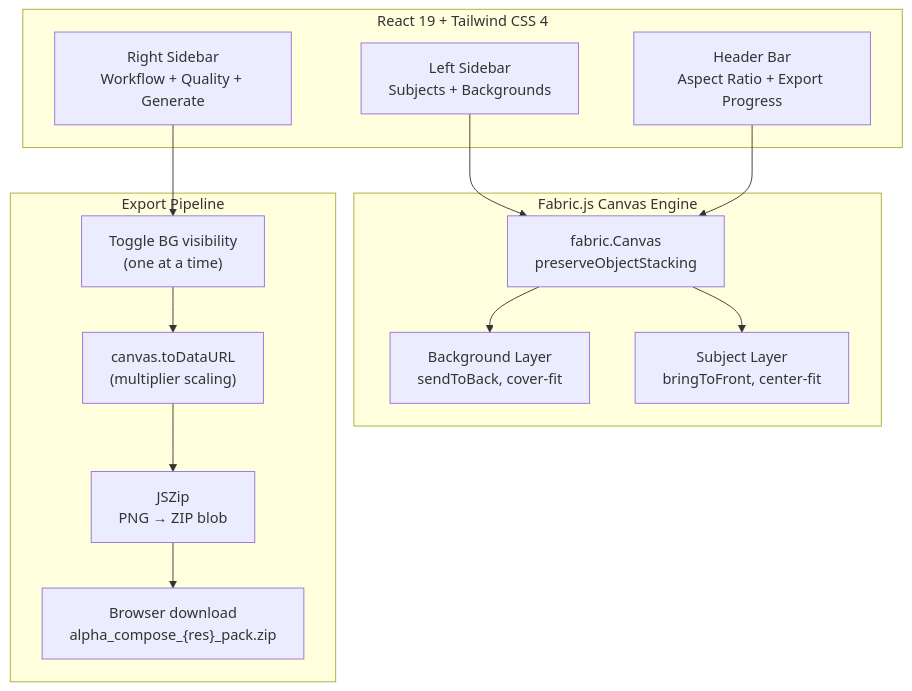
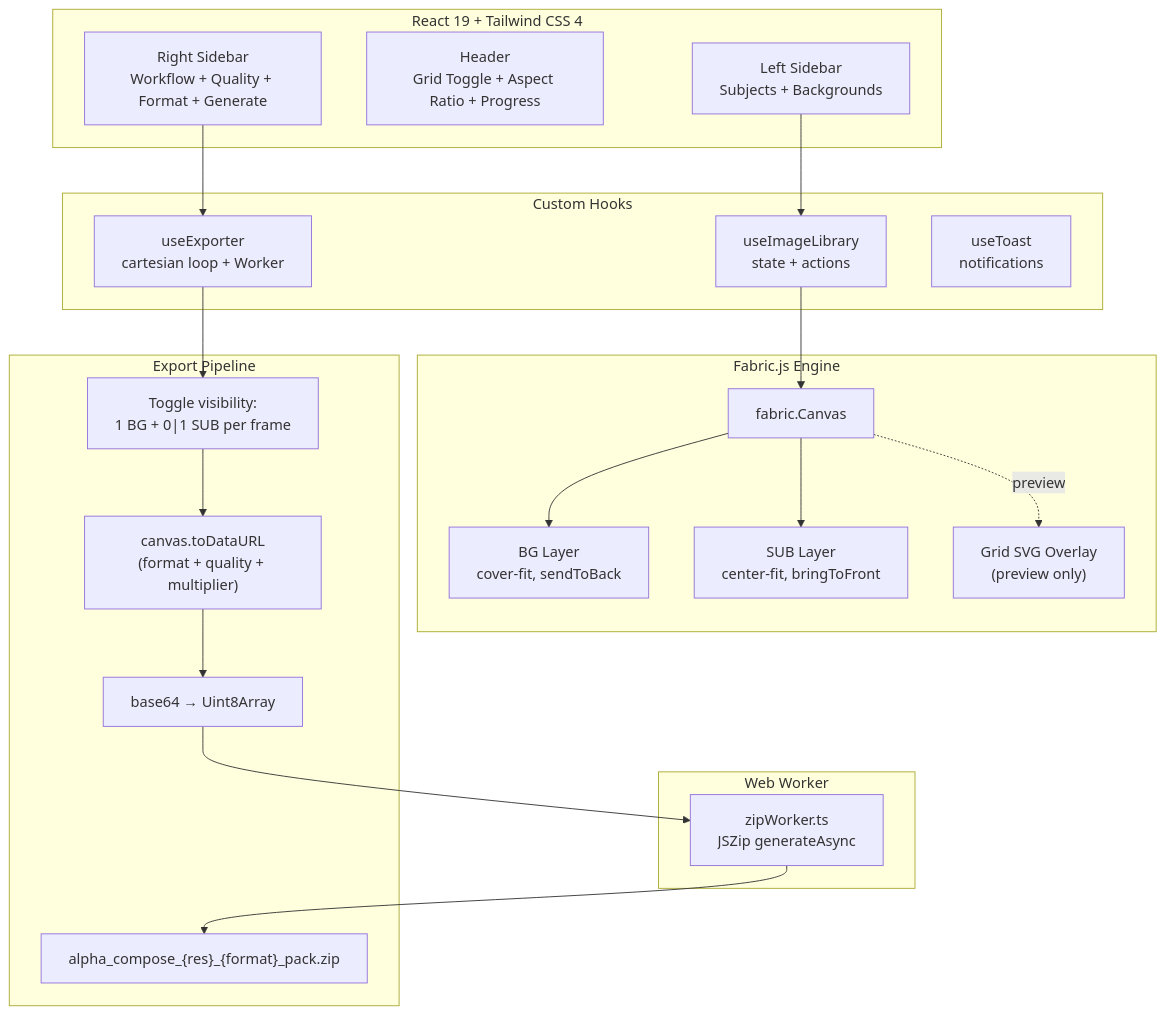
Before and after one commit to vandre-sales/Alpha-Compose: the second of 2 diagrams in README.md, drawn with Mermaid. The commit also changed other lines of this file and 10 other files, not shown here.

````diff
--- a/README.md
+++ b/README.md
@@ -99,28 +197,40 @@
 ```mermaid
 graph TB
     subgraph UI["React 19 + Tailwind CSS 4"]
         sidebar_l["Left Sidebar<br/>Subjects + Backgrounds"]
-        header["Header Bar<br/>Aspect Ratio + Export Progress"]
-        sidebar_r["Right Sidebar<br/>Workflow + Quality + Generate"]
+        header["Header<br/>Grid Toggle + Aspect Ratio + Progress"]
+        sidebar_r["Right Sidebar<br/>Workflow + Quality + Format + Generate"]
     end
 
-    subgraph CANVAS["Fabric.js Canvas Engine"]
-        fabricCanvas["fabric.Canvas<br/>preserveObjectStacking"]
-        bgLayer["Background Layer<br/>sendToBack, cover-fit"]
-        subLayer["Subject Layer<br/>bringToFront, center-fit"]
+    subgraph HOOKS["Custom Hooks"]
+        useImageLib["useImageLibrary<br/>state + actions"]
+        useExp["useExporter<br/>cartesian loop + Worker"]
+        useToast["useToast<br/>notifications"]
+    end
+
+    subgraph CANVAS["Fabric.js Engine"]
+        fabricCanvas["fabric.Canvas"]
+        bgLayer["BG Layer<br/>cover-fit, sendToBack"]
+        subLayer["SUB Layer<br/>center-fit, bringToFront"]
+        gridOverlay["Grid SVG Overlay<br/>(preview only)"]
+    end
+
+    subgraph WORKER["Web Worker"]
+        zipWorker["zipWorker.ts<br/>JSZip generateAsync"]
     end
 
     subgraph EXPORT["Export Pipeline"]
-        toggle["Toggle BG visibility<br/>(one at a time)"]
-        render["canvas.toDataURL<br/>(multiplier scaling)"]
-        zip["JSZip<br/>PNG → ZIP blob"]
-        download["Browser download<br/>alpha_compose_{res}_pack.zip"]
+        toggle["Toggle visibility:<br/>1 BG + 0|1 SUB per frame"]
+        render["canvas.toDataURL<br/>(format + quality + multiplier)"]
+        bytes["base64 → Uint8Array"]
+        download["alpha_compose_{res}_{format}_pack.zip"]
     end
 
-    sidebar_l --> fabricCanvas
-    header --> fabricCanvas
-    sidebar_r --> toggle
+    sidebar_l --> useImageLib
+    sidebar_r --> useExp
+    useImageLib --> fabricCanvas
+    useExp --> toggle --> render --> bytes --> zipWorker --> download
     fabricCanvas --> bgLayer
     fabricCanvas --> subLayer
-    toggle --> render --> zip --> download
+    fabricCanvas -.preview.-> gridOverlay
 ```
````
